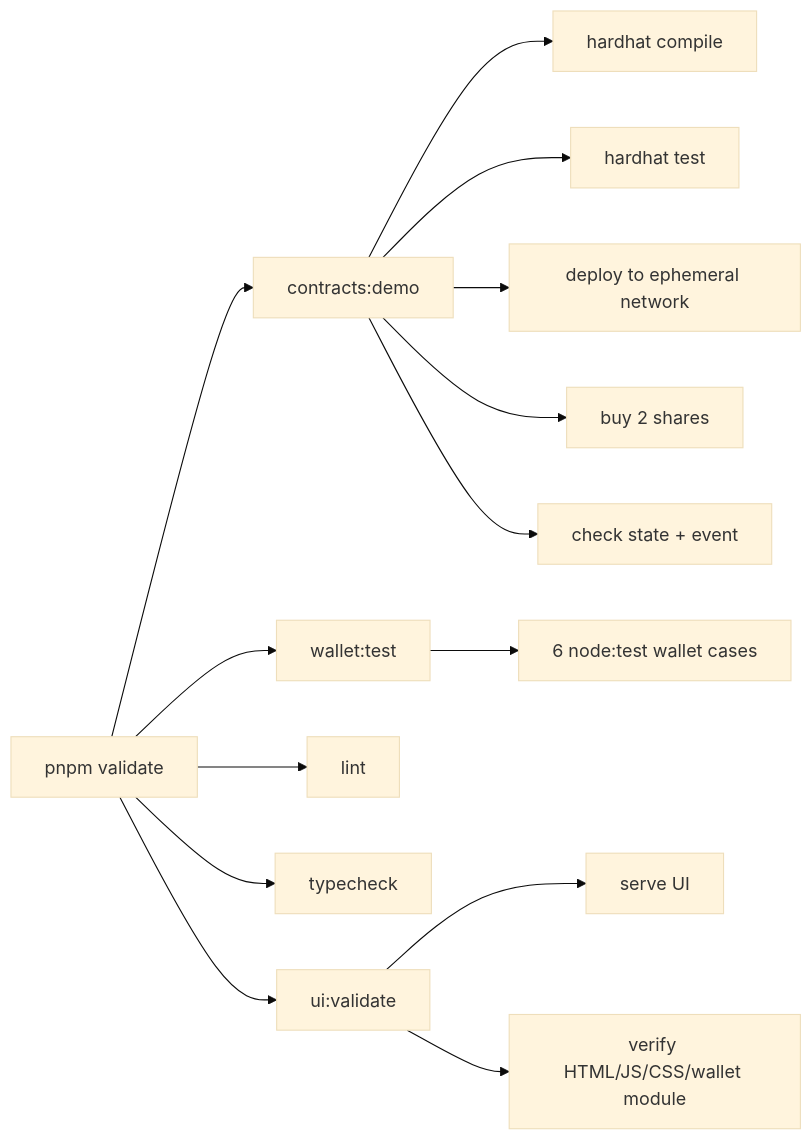
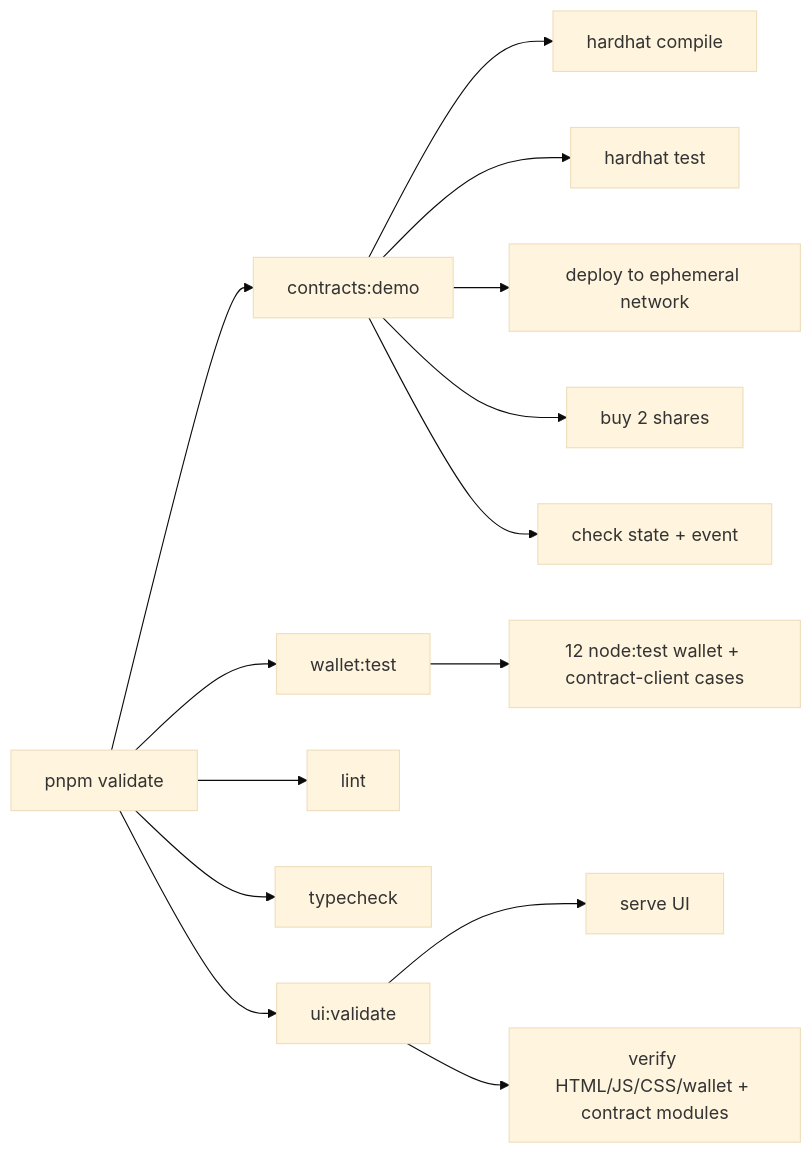
One commit to elbarroca/Velixus-Lab changed the sixth of 6 diagrams in README.md. Above: the diagram before and after it, drawn with Mermaid (base theme). The commit also changed other lines of this file and 11 other files, not shown here.

````diff
--- a/README.md
+++ b/README.md
@@ -191,18 +225,18 @@
 ```mermaid
 flowchart LR
   A["pnpm validate"] --> B["contracts:demo"]
   A --> C["wallet:test"]
   A --> D["lint"]
   A --> E["typecheck"]
   A --> F["ui:validate"]
 
   B --> B1["hardhat compile"]
   B --> B2["hardhat test"]
   B --> B3["deploy to ephemeral network"]
   B --> B4["buy 2 shares"]
   B --> B5["check state + event"]
 
-  C --> C1["6 node:test wallet cases"]
+  C --> C1["12 node:test wallet + contract-client cases"]
   F --> F1["serve UI"]
-  F --> F2["verify HTML/JS/CSS/wallet module"]
+  F --> F2["verify HTML/JS/CSS/wallet + contract modules"]
 ```
````
